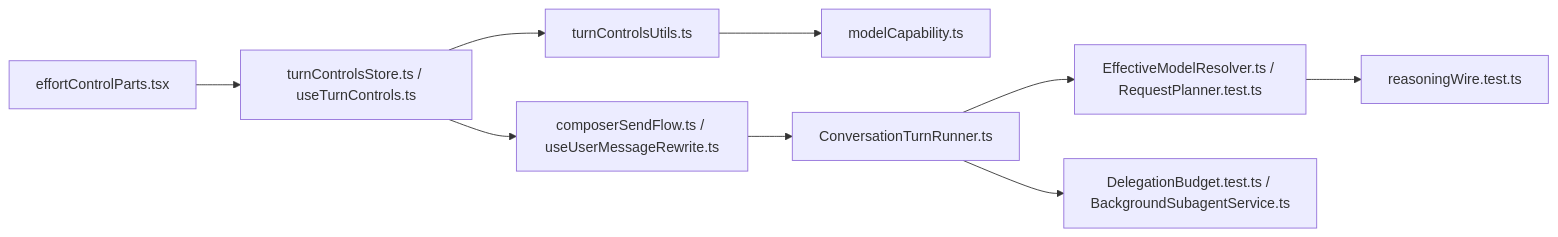
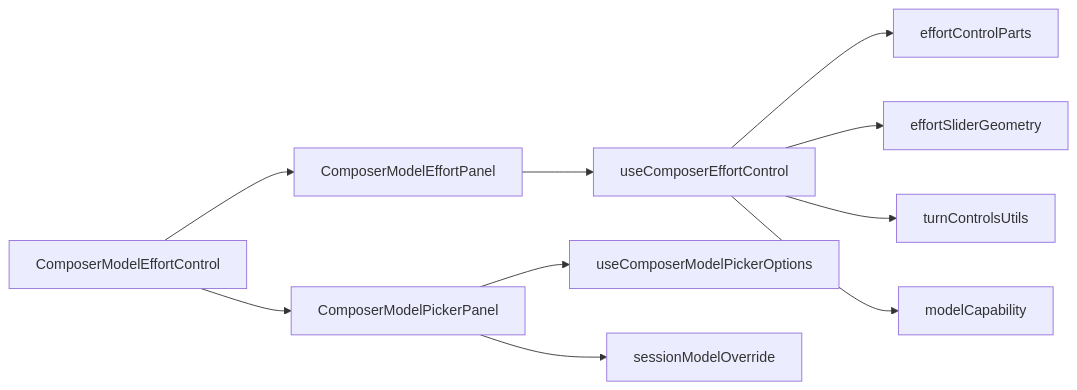
One commit to haolange/RDC-Agent changed the sixth of 6 diagrams in .qoder/repowiki/zh/content/用户界面/对话编辑器/努力程度控制.md. Above: the diagram before and after it, drawn with Mermaid. The commit also changed other lines of this file and 22 other files, not shown here.

````diff
--- a/.qoder/repowiki/zh/content/用户界面/对话编辑器/努力程度控制.md
+++ b/.qoder/repowiki/zh/content/用户界面/对话编辑器/努力程度控制.md
@@ -384,11 +271,12 @@
 ```mermaid
 graph LR
-UI["effortControlParts.tsx"] --> Store["turnControlsStore.ts / useTurnControls.ts"]
-Store --> Utils["turnControlsUtils.ts"]
-Utils --> Cap["modelCapability.ts"]
-Store --> Send["composerSendFlow.ts / useUserMessageRewrite.ts"]
-Send --> Runner["ConversationTurnRunner.ts"]
-Runner --> Planner["EffectiveModelResolver.ts / RequestPlanner.test.ts"]
-Planner --> Wire["reasoningWire.test.ts"]
-Runner --> Budget["DelegationBudget.test.ts / BackgroundSubagentService.ts"]
+A["ComposerModelEffortControl"] --> B["ComposerModelEffortPanel"]
+A --> C["ComposerModelPickerPanel"]
+B --> D["useComposerEffortControl"]
+D --> E["effortControlParts"]
+D --> F["effortSliderGeometry"]
+D --> G["turnControlsUtils"]
+D --> H["modelCapability"]
+C --> I["useComposerModelPickerOptions"]
+C --> J["sessionModelOverride"]
 ```
````
